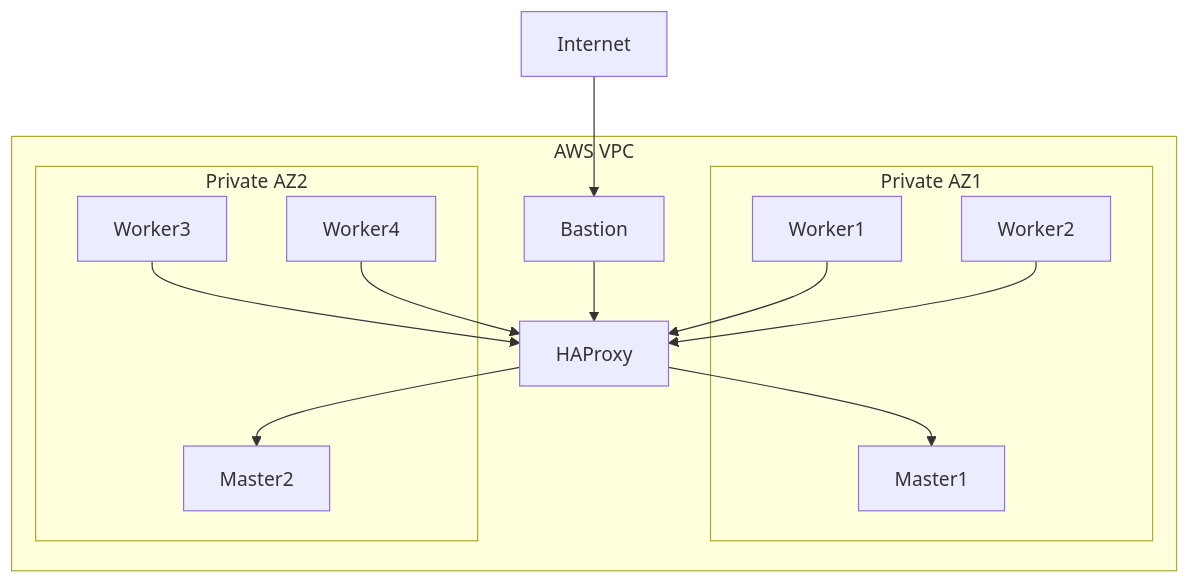
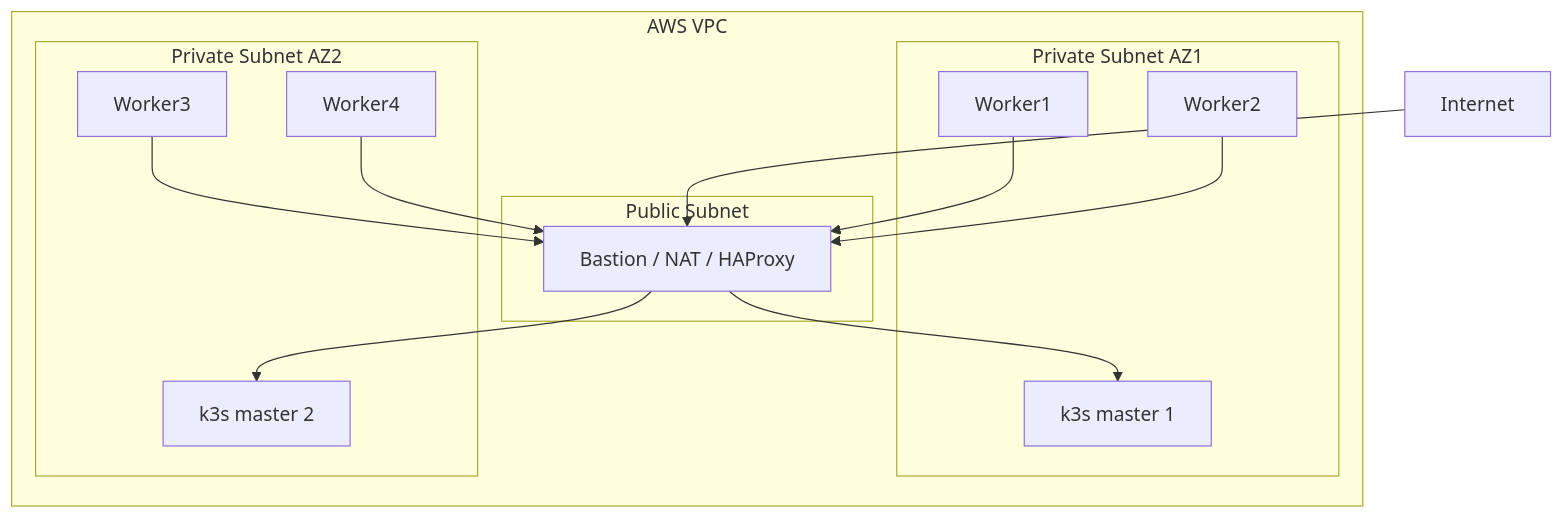
The first of 4 diagrams in README.md (pve159/k3s-platform-demo), drawn with Mermaid before and after one commit. The commit also changed other lines of this file and 1 other file, not shown here.

````diff
--- a/README.md
+++ b/README.md
@@ -50,29 +73,33 @@
 ``` mermaid
-flowchart TD
+flowchart TB
 
 Internet --> Bastion
 
 subgraph AWS VPC
-    Bastion --> HAProxy
+    Bastion["Bastion / NAT / HAProxy"]
 
-    subgraph Private AZ1
-        Master1
+    subgraph Public Subnet
+        Bastion
+    end
+
+    subgraph Private Subnet AZ1
+        Master1["k3s master 1"]
         Worker1
         Worker2
     end
 
-    subgraph Private AZ2
-        Master2
+    subgraph Private Subnet AZ2
+        Master2["k3s master 2"]
         Worker3
         Worker4
     end
 
-    HAProxy --> Master1
-    HAProxy --> Master2
+    Bastion --> Master1
+    Bastion --> Master2
 
-    Worker1 --> HAProxy
-    Worker2 --> HAProxy
-    Worker3 --> HAProxy
-    Worker4 --> HAProxy
+    Worker1 --> Bastion
+    Worker2 --> Bastion
+    Worker3 --> Bastion
+    Worker4 --> Bastion
 end
 ```
````
